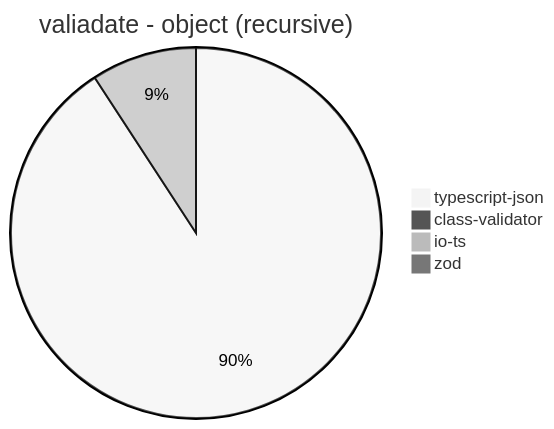
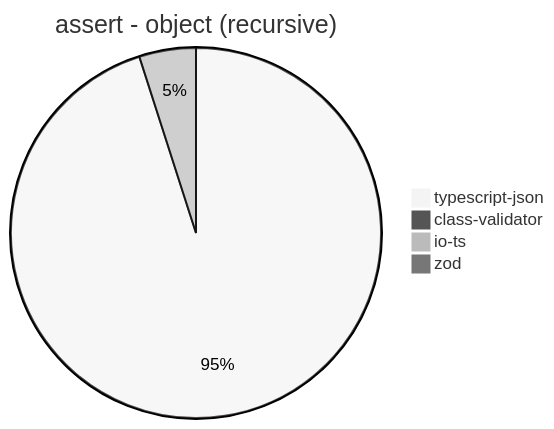
Before and after one commit to samchon/typia: the tenth of 40 diagrams in benchmark/results/AMD Ryzen 7 5800H with Radeon Graphics.md, drawn with Mermaid (neutral theme). The commit also changed other lines of this file and 4 other files, not shown here.

````diff
--- a/benchmark/results/AMD Ryzen 7 5800H with Radeon Graphics.md
+++ b/benchmark/results/AMD Ryzen 7 5800H with Radeon Graphics.md
@@ -127,7 +127,7 @@
 ```mermaid
-pie title valiadate - object (recursive)
-  "typescript-json": 18419.019857897612
-  "class-validator": 39.15383187975505
-  "io-ts": 1864.879852125693
-  "zod": 71.4552936775159
+pie title assert - object (recursive)
+  "typescript-json": 32424.466931694977
+  "class-validator": 39.605767475816755
+  "io-ts": 1688.0671117959253
+  "zod": 71.54993392486314
 ```
````
